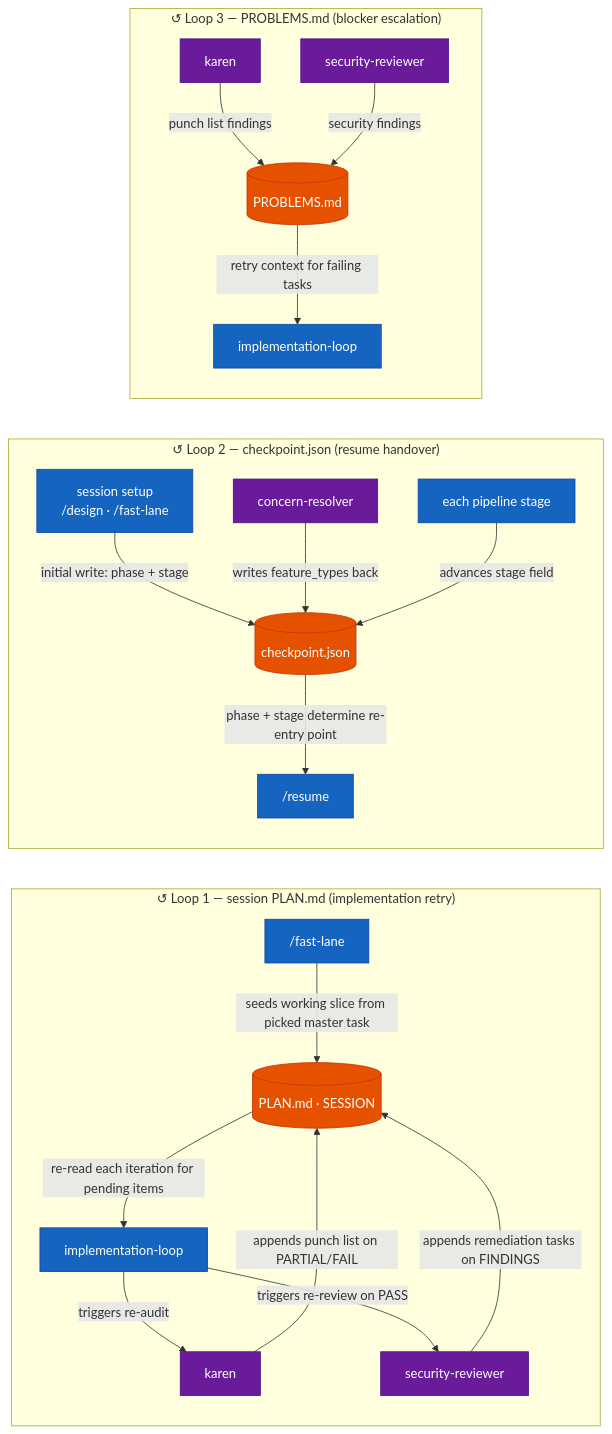
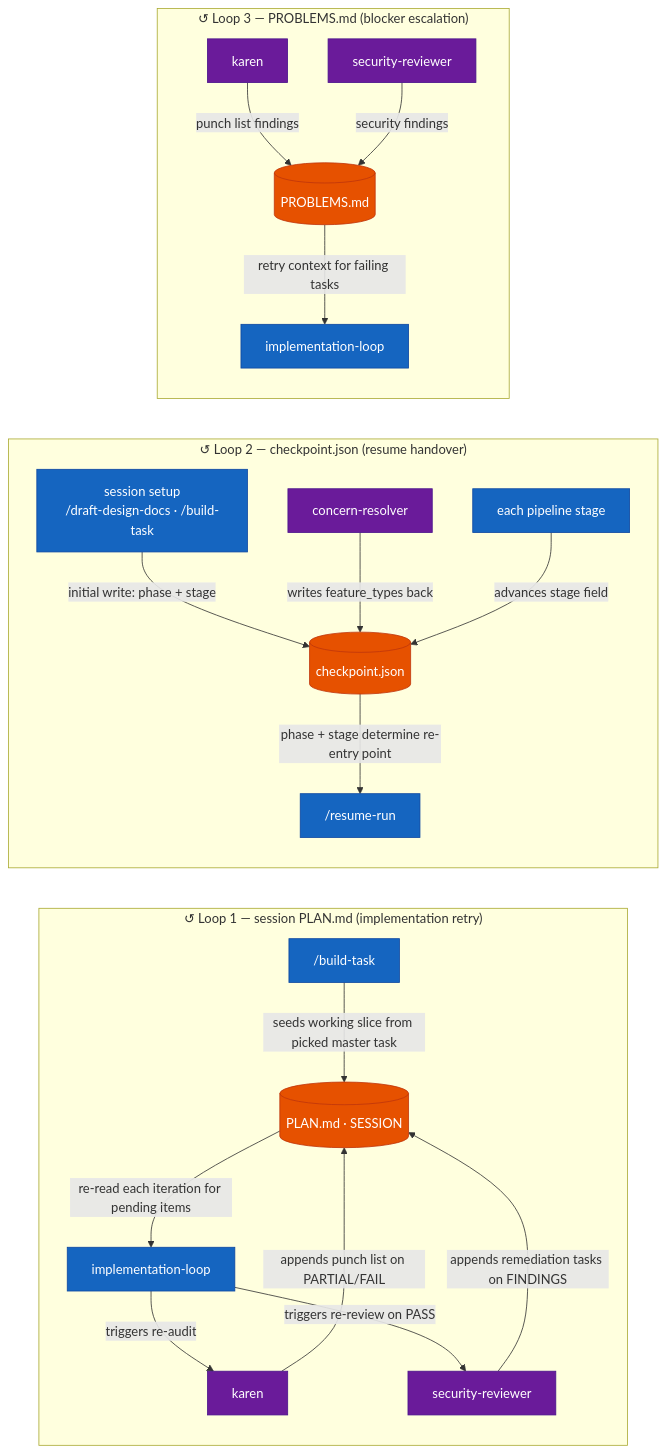
Before and after one commit to THISBROJJ/EFF-IT: the second of 2 diagrams in docs/ARTIFACT_MAP.md, drawn with Mermaid. The commit also changed other lines of this file and 19 other files, not shown here.

````diff
--- a/docs/ARTIFACT_MAP.md
+++ b/docs/ARTIFACT_MAP.md
@@ -153,48 +153,48 @@
 ```mermaid
 flowchart LR
     classDef loop  fill:#E65100,stroke:#BF360C,color:#fff
     classDef agent fill:#6A1B9A,stroke:#4A148C,color:#fff
     classDef cmd   fill:#1565C0,stroke:#0D47A1,color:#fff
 
     subgraph LOOP1 ["↺ Loop 1 — session PLAN.md (implementation retry)"]
         direction TB
-        FASTLANE1["/fast-lane"]:::cmd
+        FASTLANE1["/build-task"]:::cmd
         SPLAN1[("PLAN.md · SESSION")]:::loop
         KAREN1["karen"]:::agent
         SECRV1["security-reviewer"]:::agent
         IMPL1["implementation-loop"]:::cmd
 
         FASTLANE1 -->|"seeds working slice from picked master task"| SPLAN1
         KAREN1    -->|"appends punch list on PARTIAL/FAIL"| SPLAN1
         SECRV1    -->|"appends remediation tasks on FINDINGS"| SPLAN1
         SPLAN1    -->|"re-read each iteration for pending items"| IMPL1
         IMPL1     -->|"triggers re-audit"| KAREN1
         IMPL1     -->|"triggers re-review on PASS"| SECRV1
     end
 
     subgraph LOOP2 ["↺ Loop 2 — checkpoint.json (resume handover)"]
         direction TB
-        SESSION2["session setup\n/design · /fast-lane"]:::cmd
+        SESSION2["session setup\n/draft-design-docs · /build-task"]:::cmd
         CHK2[("checkpoint.json")]:::loop
         CONCERN2["concern-resolver"]:::agent
         STAGE2["each pipeline stage"]:::cmd
-        RESUME2["/resume"]:::cmd
+        RESUME2["/resume-run"]:::cmd
 
         SESSION2  -->|"initial write: phase + stage"| CHK2
         CONCERN2  -->|"writes feature_types back"| CHK2
         STAGE2    -->|"advances stage field"| CHK2
         CHK2      -->|"phase + stage determine re-entry point"| RESUME2
     end
 
     subgraph LOOP3 ["↺ Loop 3 — PROBLEMS.md (blocker escalation)"]
         direction TB
         KAREN3["karen"]:::agent
         SECRV3["security-reviewer"]:::agent
         PROB3[("PROBLEMS.md")]:::loop
         IMPL3["implementation-loop"]:::cmd
 
         KAREN3 -->|"punch list findings"| PROB3
         SECRV3 -->|"security findings"| PROB3
         PROB3  -->|"retry context for failing tasks"| IMPL3
     end
 ```
````
